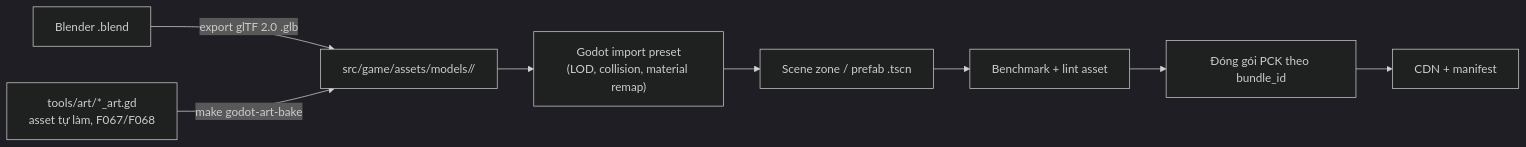
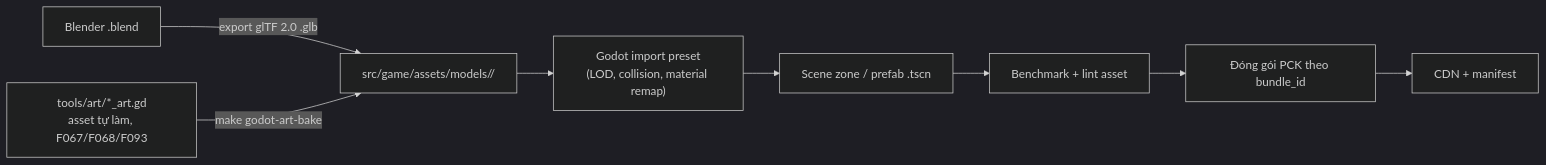
Before and after one commit to tanguyen2020/eduworld-platform: the second of 2 diagrams in docs/08-game-client/WORLD_RENDERING.md, drawn with Mermaid (dark theme). The commit also changed other lines of this file and 13 other files, not shown here.

````diff
--- a/docs/08-game-client/WORLD_RENDERING.md
+++ b/docs/08-game-client/WORLD_RENDERING.md
@@ -132,10 +132,10 @@
 ```mermaid
 flowchart LR
   A[Blender .blend] -->|export glTF 2.0 .glb| B["src/game/assets/models/<category>/"]
-  P["tools/art/*_art.gd<br/>asset tự làm, F067/F068"] -->|make godot-art-bake| B
+  P["tools/art/*_art.gd<br/>asset tự làm, F067/F068/F093"] -->|make godot-art-bake| B
   B --> C["Godot import preset\n(LOD, collision, material remap)"]
   C --> D[Scene zone / prefab .tscn]
   D --> E[Benchmark + lint asset]
   E --> F[Đóng gói PCK theo bundle_id]
   F --> G[CDN + manifest]
 ```
````
